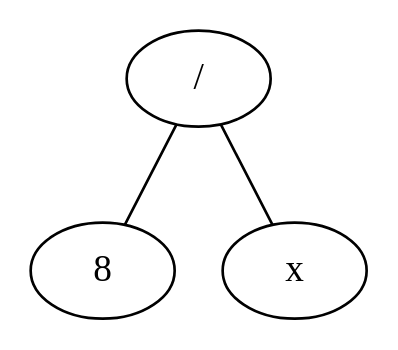
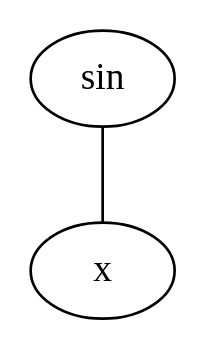
Before and after one commit to Hainv201/CPP: the diagram in CPP/CPP/bin/Debug/binarytree.dot, drawn with Graphviz. The commit also changed 13 other files, not shown here.

```diff
--- a/CPP/CPP/bin/Debug/binarytree.dot
+++ b/CPP/CPP/bin/Debug/binarytree.dot
@@ -1,8 +1,6 @@
 graph caculus { 
 node [] 
-node1 [ label = "/" ]
-node2 [ label = "8" ]
+node1 [ label = "sin" ]
+node2 [ label = "x" ]
 node1 -- node2
-node3 [ label = "x" ]
-node1 -- node3
 }
```
